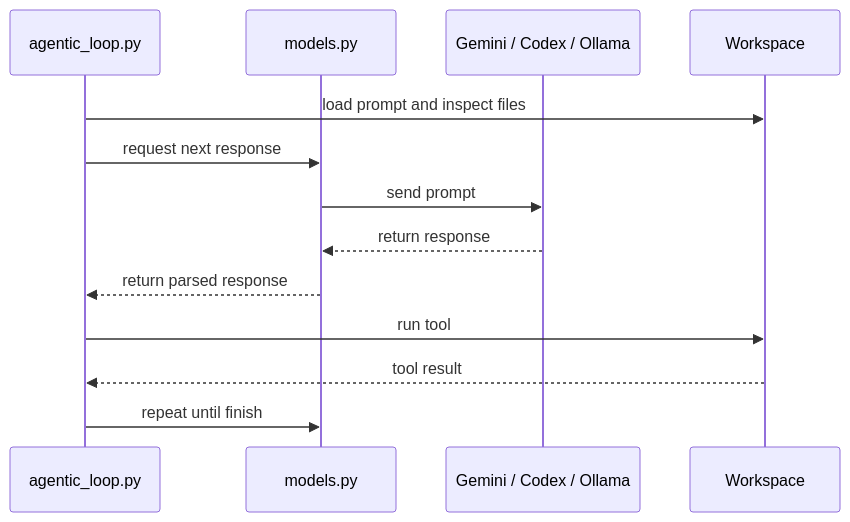
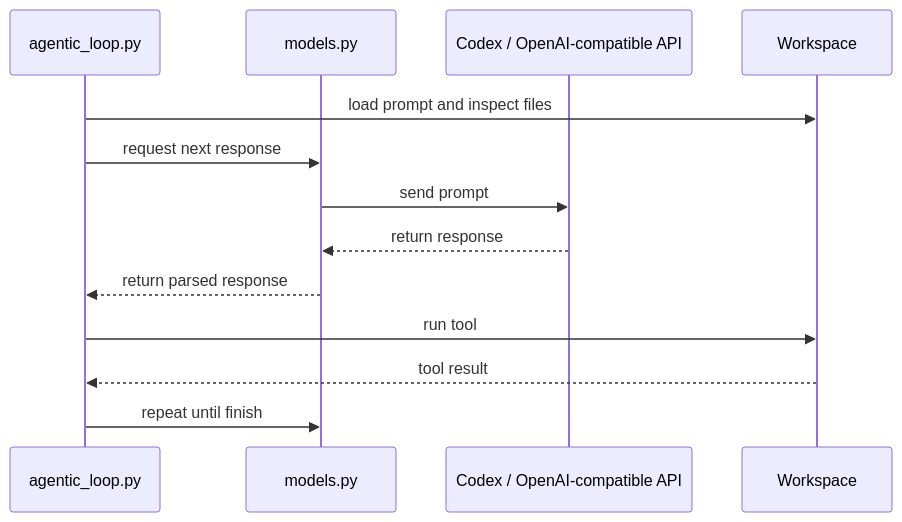
The second of 3 diagrams in README.md (mtov/minixx), drawn with Mermaid before and after one commit. The commit also changed other lines of this file and 8 other files, not shown here.

Commit message:
refactor(models): simplify access to codex and OpenAI-compatible API

````diff
--- a/README.md
+++ b/README.md
@@ -122,16 +122,16 @@
 ```mermaid
 sequenceDiagram
     participant AgentLoop as agentic_loop.py
     participant Models as models.py
-    participant External as Gemini / Codex / Ollama
+    participant External as Codex / OpenAI-compatible API
     participant Workspace
 
     AgentLoop->>Workspace: load prompt and inspect files
     AgentLoop->>Models: request next response
     Models->>External: send prompt
     External-->>Models: return response
     Models-->>AgentLoop: return parsed response
     AgentLoop->>Workspace: run tool
     Workspace-->>AgentLoop: tool result
     AgentLoop->>Models: repeat until finish
 ```
````
